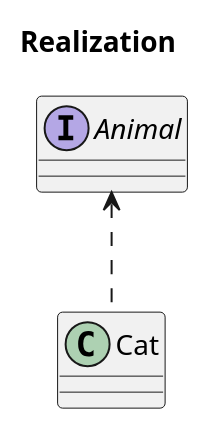
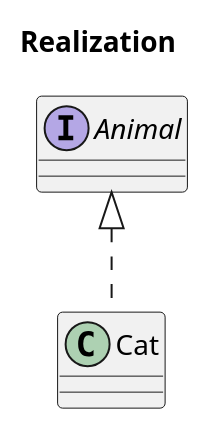
The sixth of 6 diagrams in docs/basic/面向对象.md (lewky/java-note), drawn with PlantUML before and after one commit. The commit also changed other lines of this file and 1 other file, not shown here.

````diff
--- a/docs/basic/面向对象.md
+++ b/docs/basic/面向对象.md
@@ -204,9 +204,9 @@
 ```plantuml
 @startuml
 title Realization
 
 interface Animal
 class Cat
-Animal <.. Cat
+Animal <|.. Cat
 @enduml
 ```
````
